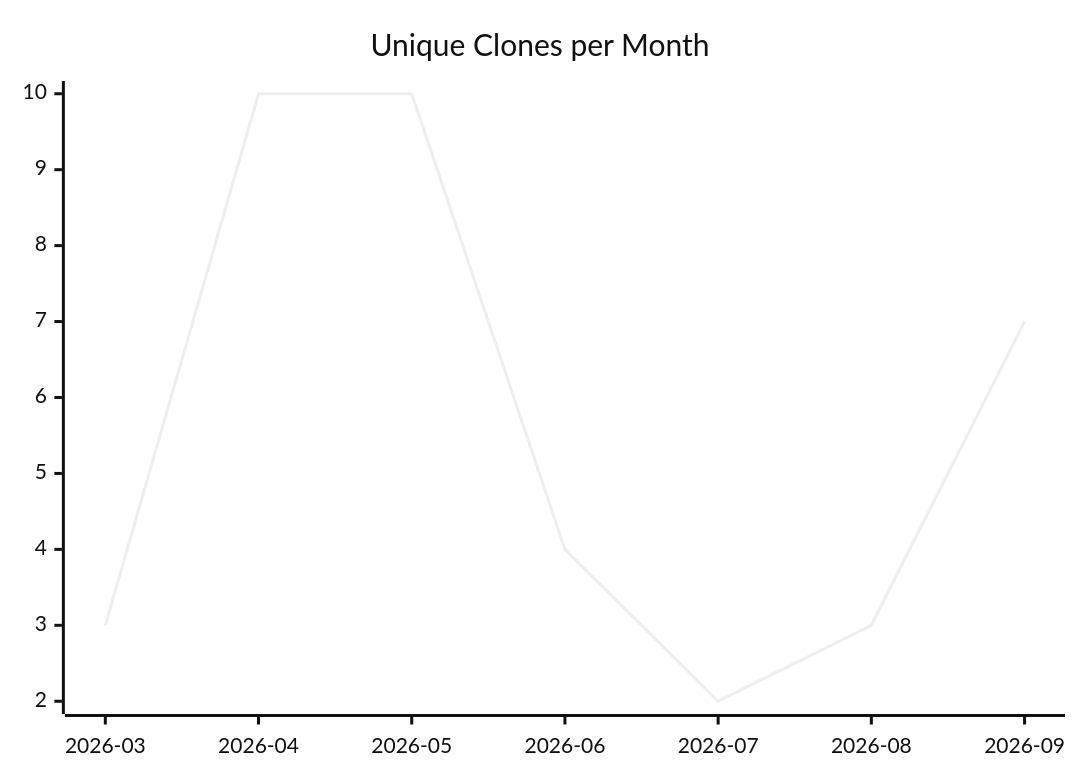
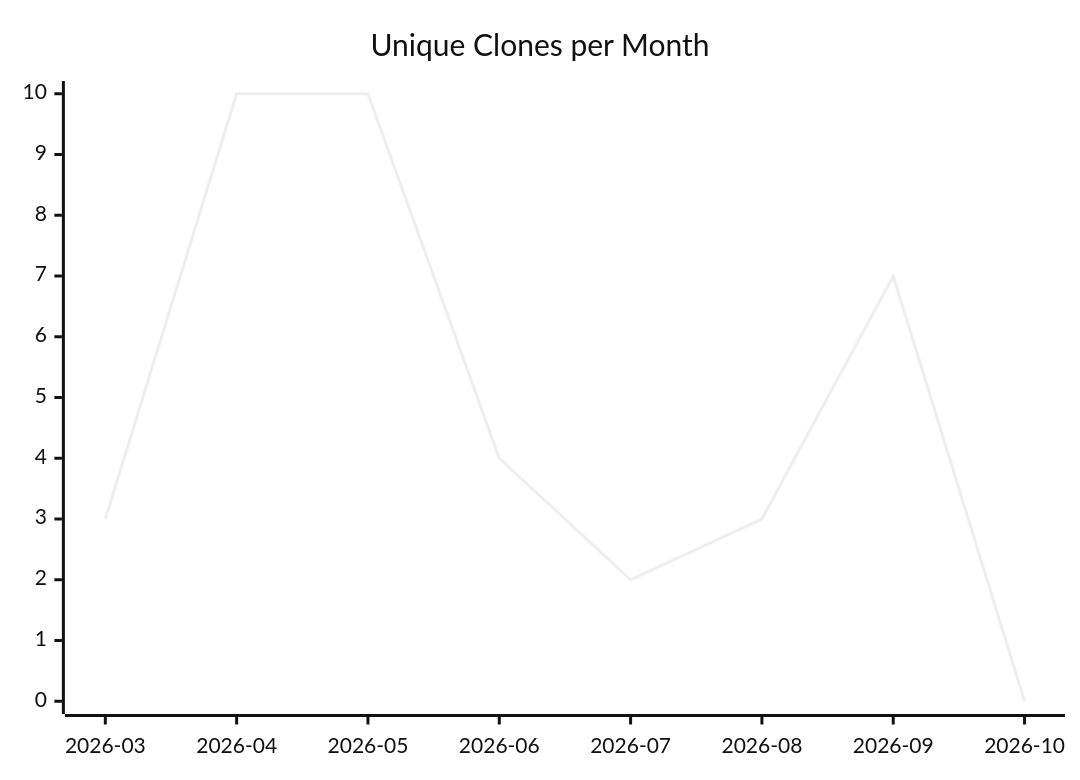
One commit to justdavis-family/github-analytics-data changed the third of 3 diagrams in karlmdavis/stockfighter-trades-solutions/README.md. Above: the diagram before and after it, drawn with Mermaid (neutral theme). The commit also changed other lines of this file and 202 other files, not shown here.

````diff
--- a/karlmdavis/stockfighter-trades-solutions/README.md
+++ b/karlmdavis/stockfighter-trades-solutions/README.md
@@ -19,6 +19,6 @@
 ```mermaid
 xychart-beta
   title "Unique Clones per Month"
-  x-axis ["2026-03", "2026-04", "2026-05", "2026-06", "2026-07", "2026-08", "2026-09"]
-  line [3, 10, 10, 4, 2, 3, 7]
+  x-axis ["2026-03", "2026-04", "2026-05", "2026-06", "2026-07", "2026-08", "2026-09", "2026-10"]
+  line [3, 10, 10, 4, 2, 3, 7, 0]
 ```
````
